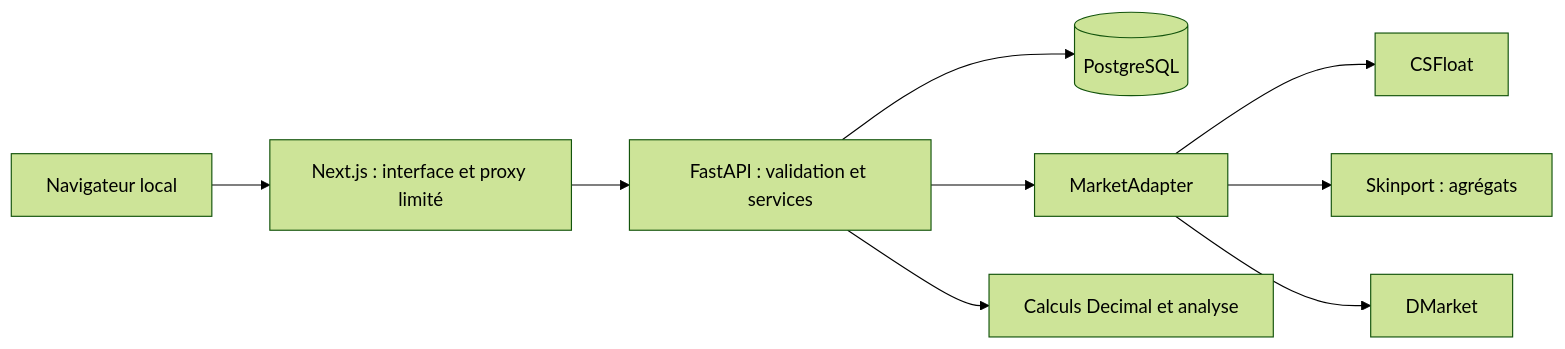
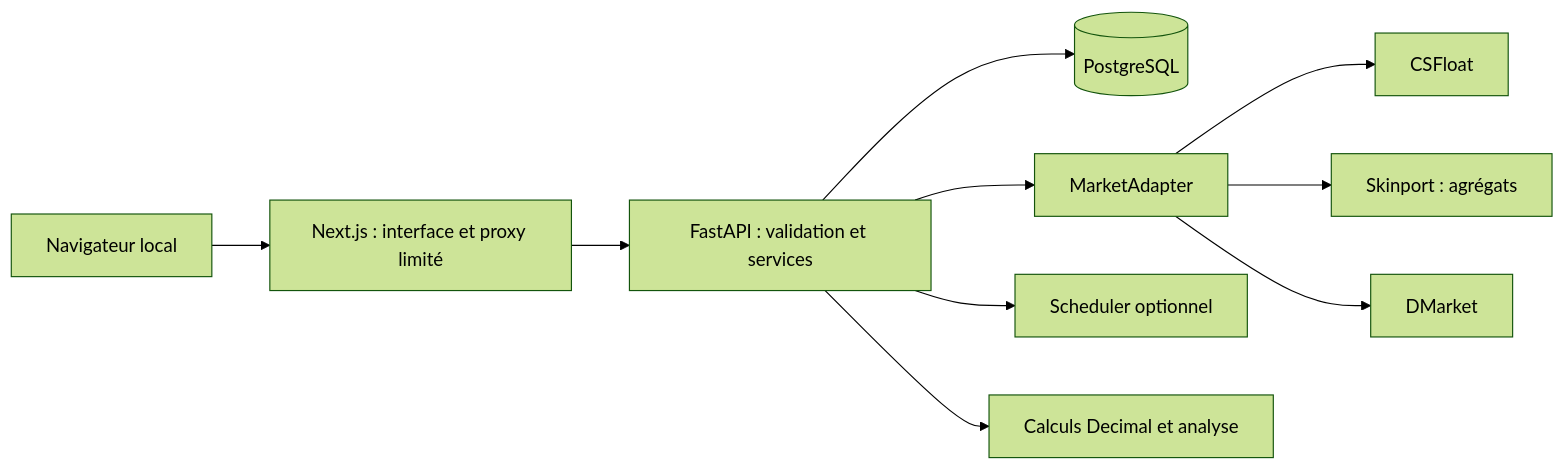
Before and after one commit to blou132/CS-GO-BISNESSE: the diagram in docs/ARCHITECTURE.md, drawn with Mermaid (forest theme). The commit also changed other lines of this file and 8 other files, not shown here.

````diff
--- a/docs/ARCHITECTURE.md
+++ b/docs/ARCHITECTURE.md
@@ -11,11 +11,12 @@
 ```mermaid
 flowchart LR
   U[Navigateur local] --> W[Next.js : interface et proxy limité]
   W --> A[FastAPI : validation et services]
   A --> DB[(PostgreSQL)]
   A --> M[MarketAdapter]
   M --> C[CSFloat]
   M --> S[Skinport : agrégats]
   M --> D[DMarket]
+  A --> Q[Scheduler optionnel]
   A --> P[Calculs Decimal et analyse]
 ```
````
